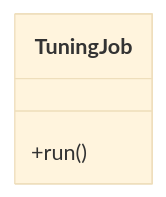
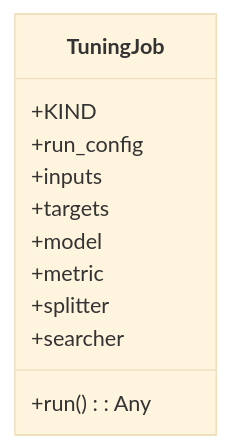
The first of 4 diagrams in openwiki/src/regression_model_template/jobs/tuning.md (lgcorzo/mlops-python-package), drawn with Mermaid (base theme) before and after one commit. The commit also changed other lines of this file and 91 other files, not shown here.

````diff
--- a/openwiki/src/regression_model_template/jobs/tuning.md
+++ b/openwiki/src/regression_model_template/jobs/tuning.md
@@ -20,7 +21,14 @@
 ```mermaid
 classDiagram
-    direction BT
     class TuningJob {
-        +run()
+        +KIND
+        +run_config
+        +inputs
+        +targets
+        +model
+        +metric
+        +splitter
+        +searcher
+        +run() : Any
     }
 ```
````
